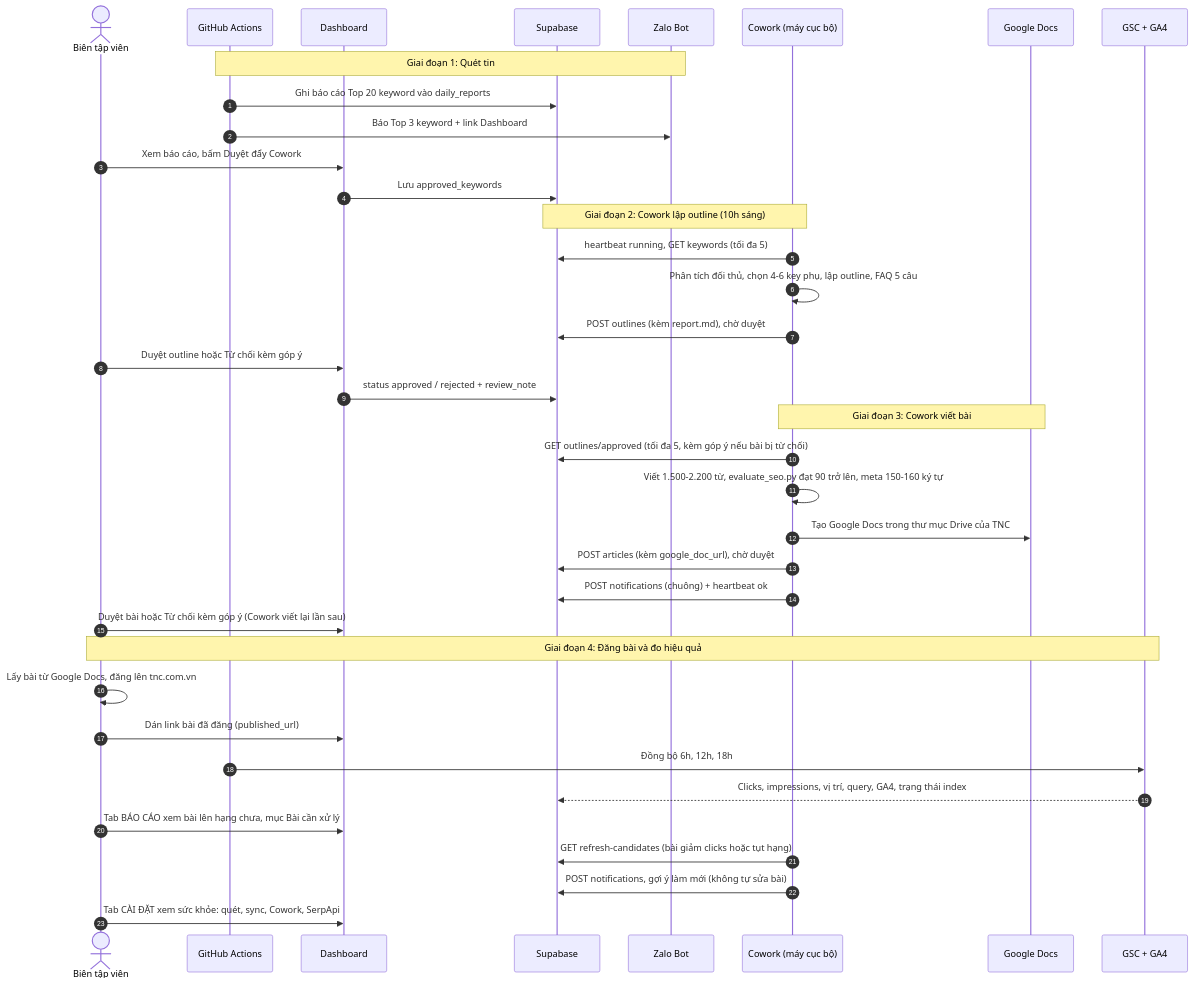
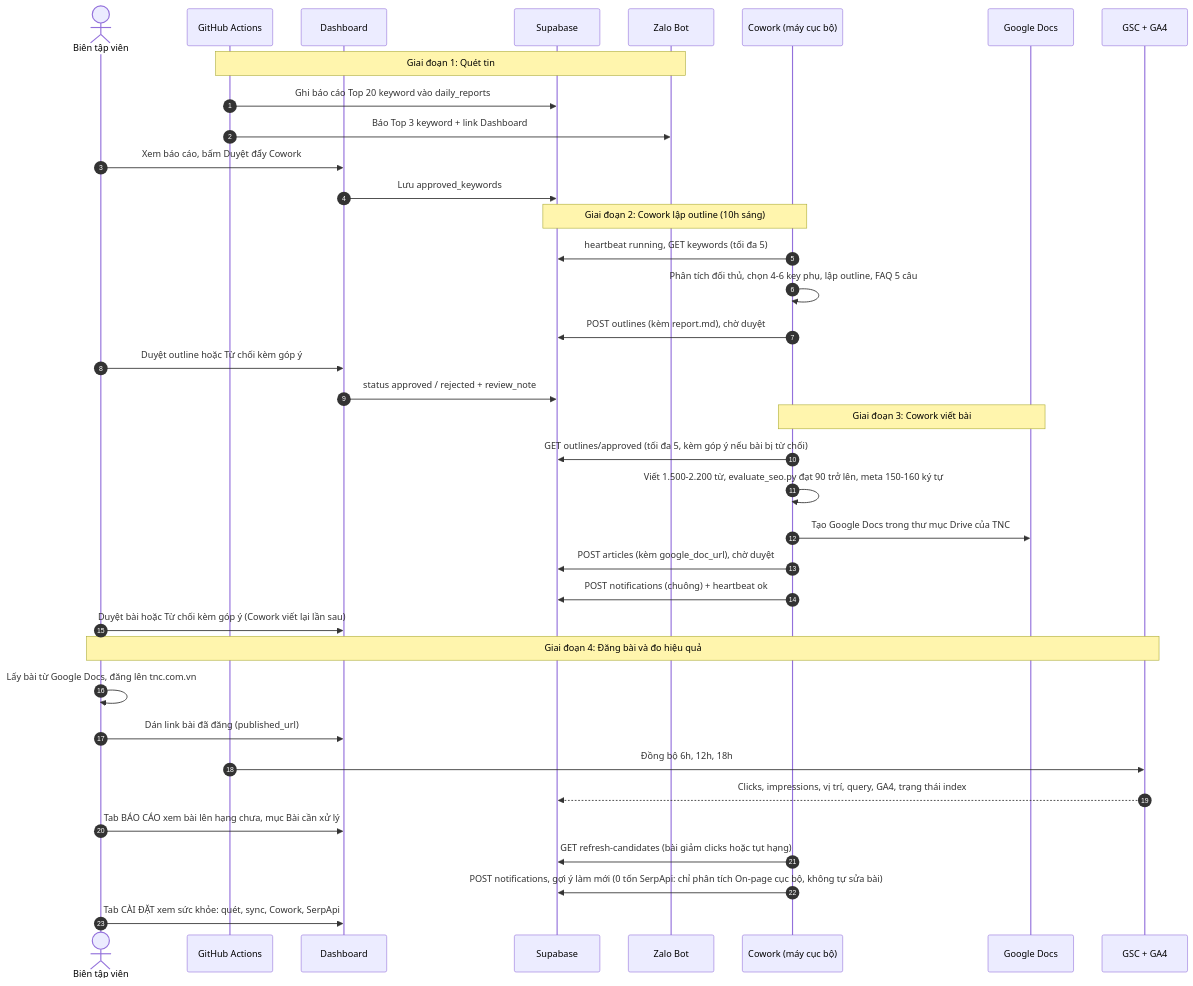
The second of 2 diagrams in docs/README_SO_DO_HE_THONG.md (trantrang674/KEY_TNC), drawn with Mermaid before and after one commit. The commit also changed other lines of this file and 3 other files, not shown here.

````diff
--- a/docs/README_SO_DO_HE_THONG.md
+++ b/docs/README_SO_DO_HE_THONG.md
@@ -122,43 +122,43 @@
 ```mermaid
 sequenceDiagram
     autonumber
     actor Editor as Biên tập viên
     participant GH as GitHub Actions
     participant UI as Dashboard
     participant SB as Supabase
     participant ZL as Zalo Bot
     participant CW as Cowork (máy cục bộ)
     participant GD as Google Docs
     participant G as GSC + GA4
 
     Note over GH,ZL: Giai đoạn 1: Quét tin
     GH->>SB: Ghi báo cáo Top 20 keyword vào daily_reports
     GH->>ZL: Báo Top 3 keyword + link Dashboard
     Editor->>UI: Xem báo cáo, bấm Duyệt đẩy Cowork
     UI->>SB: Lưu approved_keywords
 
     Note over CW,SB: Giai đoạn 2: Cowork lập outline (10h sáng)
     CW->>SB: heartbeat running, GET keywords (tối đa 5)
     CW->>CW: Phân tích đối thủ, chọn 4-6 key phụ, lập outline, FAQ 5 câu
     CW->>SB: POST outlines (kèm report.md), chờ duyệt
     Editor->>UI: Duyệt outline hoặc Từ chối kèm góp ý
     UI->>SB: status approved / rejected + review_note
 
     Note over CW,GD: Giai đoạn 3: Cowork viết bài
     CW->>SB: GET outlines/approved (tối đa 5, kèm góp ý nếu bài bị từ chối)
     CW->>CW: Viết 1.500-2.200 từ, evaluate_seo.py đạt 90 trở lên, meta 150-160 ký tự
     CW->>GD: Tạo Google Docs trong thư mục Drive của TNC
     CW->>SB: POST articles (kèm google_doc_url), chờ duyệt
     CW->>SB: POST notifications (chuông) + heartbeat ok
     Editor->>UI: Duyệt bài hoặc Từ chối kèm góp ý (Cowork viết lại lần sau)
 
     Note over Editor,G: Giai đoạn 4: Đăng bài và đo hiệu quả
     Editor->>Editor: Lấy bài từ Google Docs, đăng lên tnc.com.vn
     Editor->>UI: Dán link bài đã đăng (published_url)
     GH->>G: Đồng bộ 6h, 12h, 18h
     G-->>SB: Clicks, impressions, vị trí, query, GA4, trạng thái index
     Editor->>UI: Tab BÁO CÁO xem bài lên hạng chưa, mục Bài cần xử lý
     CW->>SB: GET refresh-candidates (bài giảm clicks hoặc tụt hạng)
-    CW->>SB: POST notifications, gợi ý làm mới (không tự sửa bài)
+    CW->>SB: POST notifications, gợi ý làm mới (0 tốn SerpApi: chỉ phân tích On-page cục bộ, không tự sửa bài)
     Editor->>UI: Tab CÀI ĐẶT xem sức khỏe: quét, sync, Cowork, SerpApi
 ```
````
